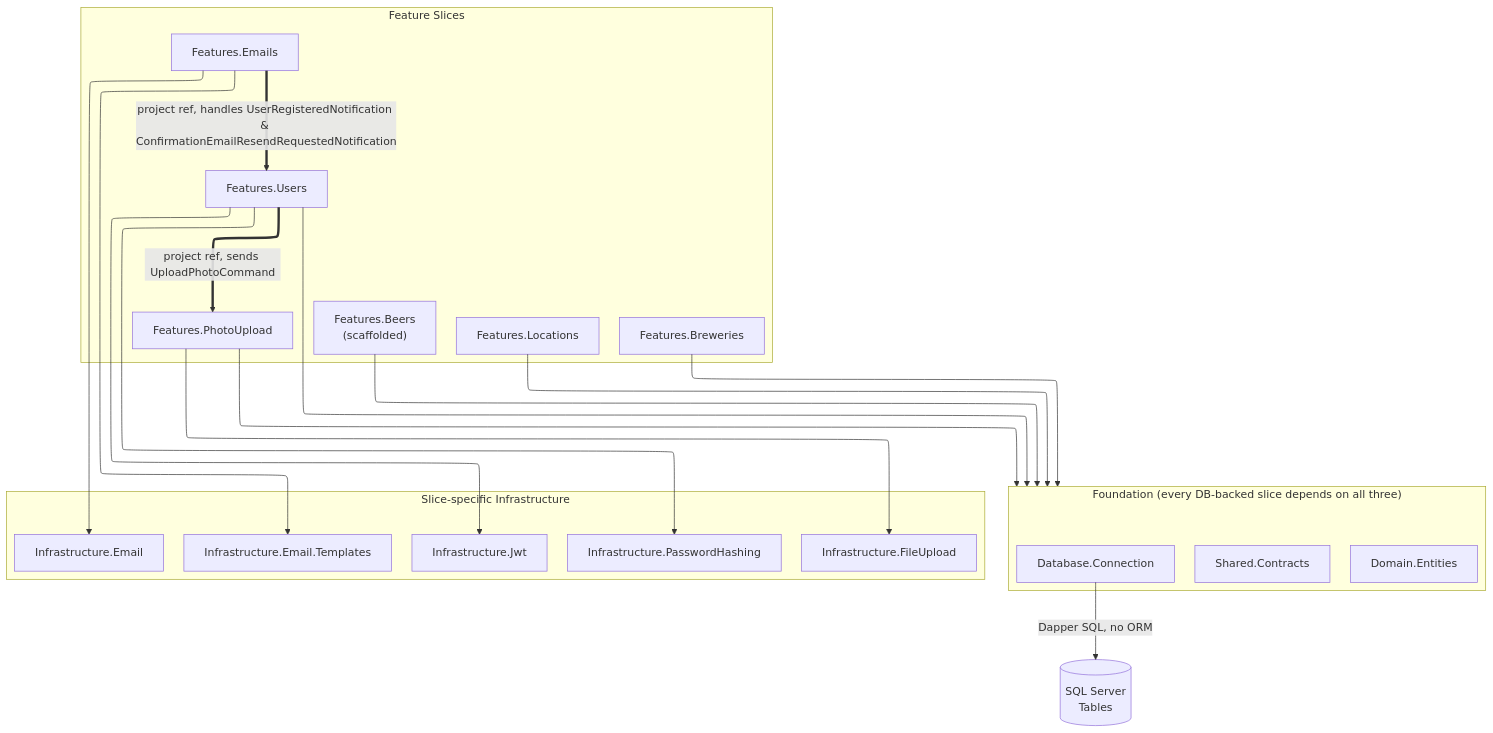
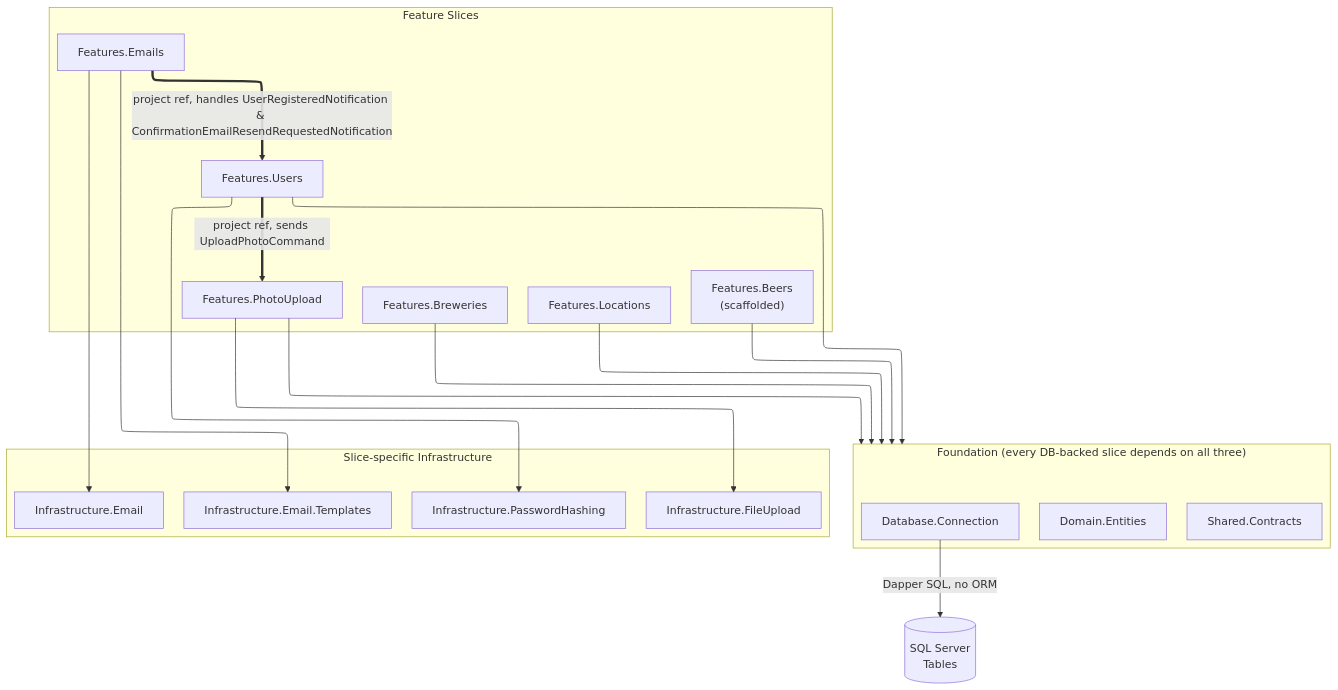
One commit to aaronpo97/the-biergarten-app changed the diagram in docs/web/diagrams/vertical-slice/project-references.mmd. Above: the diagram before and after it, drawn with Mermaid. The commit also changed 18 other files, not shown here.

Commit message:
Move Infrastructure.Jwt into Features.Users (#287)

```diff
--- a/docs/web/diagrams/vertical-slice/project-references.mmd
+++ b/docs/web/diagrams/vertical-slice/project-references.mmd
@@ -1,41 +1,40 @@
 ---
 config:
    layout: elk
 ---
 
 flowchart TB
 subgraph SLICES["Feature Slices"]
 direction LR
 BrewerySlice["Features.Breweries"]
 LocationsSlice["Features.Locations"]
 BeersSlice["Features.Beers<br>(scaffolded)"]
 PhotoSlice["Features.PhotoUpload"]
 UsersSlice["Features.Users"]
 EmailsSlice["Features.Emails"]
 end
 
 subgraph FOUNDATION["Foundation (every DB-backed slice depends on all three)"]
 direction LR
 SharedContracts["Shared.Contracts"]
 Domain["Domain.Entities"]
 DBConn["Database.Connection"]
 end
 
 subgraph INFRA["Slice-specific Infrastructure"]
 direction LR
-JWT["Infrastructure.Jwt"]
 PwdHash["Infrastructure.PasswordHashing"]
 FileUpload["Infrastructure.FileUpload"]
 Email["Infrastructure.Email"]
 EmailTemplates["Infrastructure.Email.Templates"]
 end
 
 UsersSlice == project ref, sends UploadPhotoCommand ==> PhotoSlice
 EmailsSlice == project ref, handles UserRegisteredNotification & ConfirmationEmailResendRequestedNotification ==> UsersSlice
 BrewerySlice --> FOUNDATION
 LocationsSlice --> FOUNDATION
 BeersSlice --> FOUNDATION
 PhotoSlice --> FOUNDATION & FileUpload
-UsersSlice --> FOUNDATION & JWT & PwdHash
+UsersSlice --> FOUNDATION & PwdHash
 EmailsSlice --> Email & EmailTemplates
 DBConn -- Dapper SQL, no ORM --> Tables[("SQL Server<br>Tables")]
```
